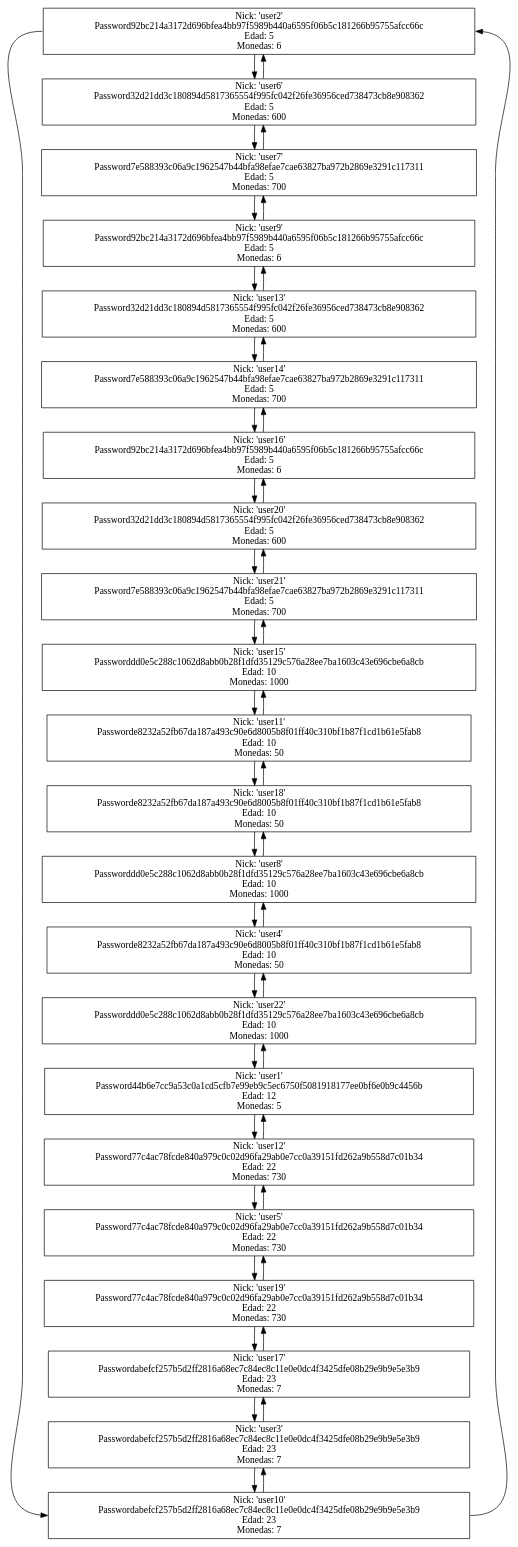
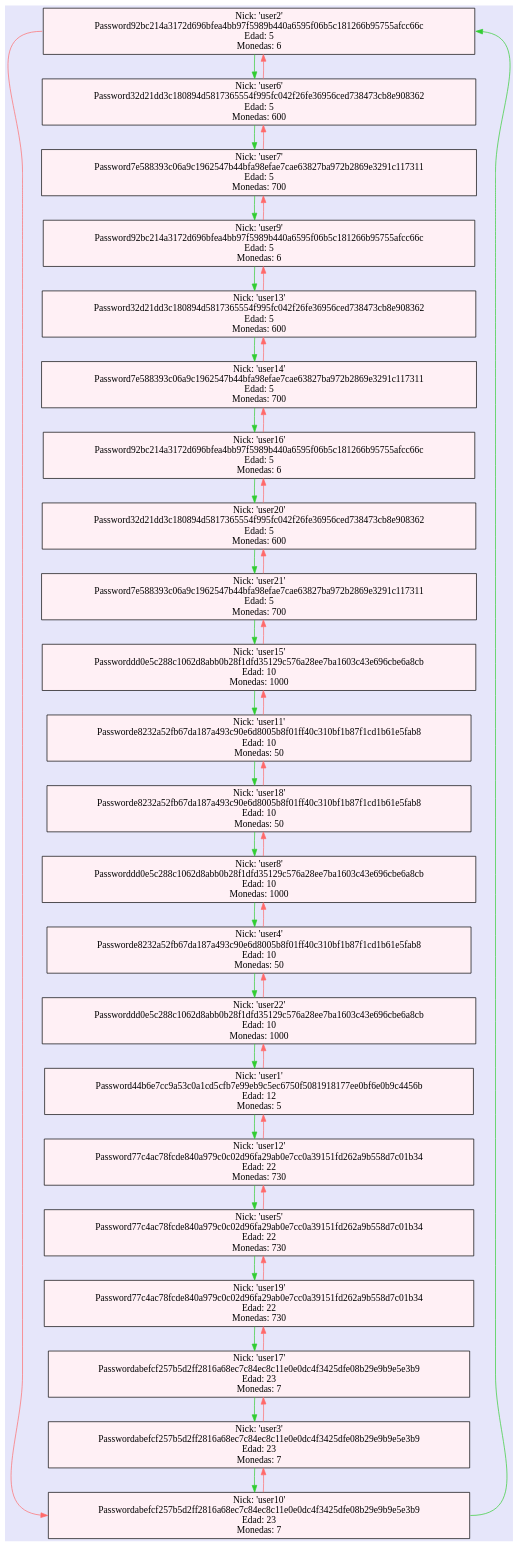
The diagram in usuarios.dot (ASique-4/-EDD_2S-BatallaNaval_202012039), drawn with Graphviz before and after one commit. The commit also changed 14 other files, not shown here.

Commit message:
Diseño graphviz

```diff
--- a/usuarios.dot
+++ b/usuarios.dot
@@ -1,136 +1,138 @@
 digraph G {
 graph [rankdir = TB ]
 node [shape = box]
+bgcolor="lavender"
+node [ style=filled,shape = box, fillcolor="lavenderblush:lavenderblush1"]
 "user2"[label="Nick: 'user2'
 Password92bc214a3172d696bfea4bb97f5989b440a6595f06b5c181266b95755afcc66c
 Edad: 5
 Monedas: 6"];
-user2->user6
+user2->user6[color = limegreen];
 "user6" [label="Nick: 'user6'
 Password32d21dd3c180894d5817365554f995fc042f26fe36956ced738473cb8e908362
 Edad: 5
 Monedas: 600"];
-"user6"->"user7"
-"user6"->"user2"
+"user6"->"user7"[color = limegreen];
+"user6"->"user2"[color = indianred1];
 "user7" [label="Nick: 'user7'
 Password7e588393c06a9c1962547b44bfa98efae7cae63827ba972b2869e3291c117311
 Edad: 5
 Monedas: 700"];
-"user7"->"user9"
-"user7"->"user6"
+"user7"->"user9"[color = limegreen];
+"user7"->"user6"[color = indianred1];
 "user9" [label="Nick: 'user9'
 Password92bc214a3172d696bfea4bb97f5989b440a6595f06b5c181266b95755afcc66c
 Edad: 5
 Monedas: 6"];
-"user9"->"user13"
-"user9"->"user7"
+"user9"->"user13"[color = limegreen];
+"user9"->"user7"[color = indianred1];
 "user13" [label="Nick: 'user13'
 Password32d21dd3c180894d5817365554f995fc042f26fe36956ced738473cb8e908362
 Edad: 5
 Monedas: 600"];
-"user13"->"user14"
-"user13"->"user9"
+"user13"->"user14"[color = limegreen];
+"user13"->"user9"[color = indianred1];
 "user14" [label="Nick: 'user14'
 Password7e588393c06a9c1962547b44bfa98efae7cae63827ba972b2869e3291c117311
 Edad: 5
 Monedas: 700"];
-"user14"->"user16"
-"user14"->"user13"
+"user14"->"user16"[color = limegreen];
+"user14"->"user13"[color = indianred1];
 "user16" [label="Nick: 'user16'
 Password92bc214a3172d696bfea4bb97f5989b440a6595f06b5c181266b95755afcc66c
 Edad: 5
 Monedas: 6"];
-"user16"->"user20"
-"user16"->"user14"
+"user16"->"user20"[color = limegreen];
+"user16"->"user14"[color = indianred1];
 "user20" [label="Nick: 'user20'
 Password32d21dd3c180894d5817365554f995fc042f26fe36956ced738473cb8e908362
 Edad: 5
 Monedas: 600"];
-"user20"->"user21"
-"user20"->"user16"
+"user20"->"user21"[color = limegreen];
+"user20"->"user16"[color = indianred1];
 "user21" [label="Nick: 'user21'
 Password7e588393c06a9c1962547b44bfa98efae7cae63827ba972b2869e3291c117311
 Edad: 5
 Monedas: 700"];
-"user21"->"user15"
-"user21"->"user20"
+"user21"->"user15"[color = limegreen];
+"user21"->"user20"[color = indianred1];
 "user15" [label="Nick: 'user15'
 Passworddd0e5c288c1062d8abb0b28f1dfd35129c576a28ee7ba1603c43e696cbe6a8cb
 Edad: 10
 Monedas: 1000"];
-"user15"->"user11"
-"user15"->"user21"
+"user15"->"user11"[color = limegreen];
+"user15"->"user21"[color = indianred1];
 "user11" [label="Nick: 'user11'
 Passworde8232a52fb67da187a493c90e6d8005b8f01ff40c310bf1b87f1cd1b61e5fab8
 Edad: 10
 Monedas: 50"];
-"user11"->"user18"
-"user11"->"user15"
+"user11"->"user18"[color = limegreen];
+"user11"->"user15"[color = indianred1];
 "user18" [label="Nick: 'user18'
 Passworde8232a52fb67da187a493c90e6d8005b8f01ff40c310bf1b87f1cd1b61e5fab8
 Edad: 10
 Monedas: 50"];
-"user18"->"user8"
-"user18"->"user11"
+"user18"->"user8"[color = limegreen];
+"user18"->"user11"[color = indianred1];
 "user8" [label="Nick: 'user8'
 Passworddd0e5c288c1062d8abb0b28f1dfd35129c576a28ee7ba1603c43e696cbe6a8cb
 Edad: 10
 Monedas: 1000"];
-"user8"->"user4"
-"user8"->"user18"
+"user8"->"user4"[color = limegreen];
+"user8"->"user18"[color = indianred1];
 "user4" [label="Nick: 'user4'
 Passworde8232a52fb67da187a493c90e6d8005b8f01ff40c310bf1b87f1cd1b61e5fab8
 Edad: 10
 Monedas: 50"];
-"user4"->"user22"
-"user4"->"user8"
+"user4"->"user22"[color = limegreen];
+"user4"->"user8"[color = indianred1];
 "user22" [label="Nick: 'user22'
 Passworddd0e5c288c1062d8abb0b28f1dfd35129c576a28ee7ba1603c43e696cbe6a8cb
 Edad: 10
 Monedas: 1000"];
-"user22"->"user1"
-"user22"->"user4"
+"user22"->"user1"[color = limegreen];
+"user22"->"user4"[color = indianred1];
 "user1" [label="Nick: 'user1'
 Password44b6e7cc9a53c0a1cd5cfb7e99eb9c5ec6750f5081918177ee0bf6e0b9c4456b
 Edad: 12
 Monedas: 5"];
-"user1"->"user12"
-"user1"->"user22"
+"user1"->"user12"[color = limegreen];
+"user1"->"user22"[color = indianred1];
 "user12" [label="Nick: 'user12'
 Password77c4ac78fcde840a979c0c02d96fa29ab0e7cc0a39151fd262a9b558d7c01b34
 Edad: 22
 Monedas: 730"];
-"user12"->"user5"
-"user12"->"user1"
+"user12"->"user5"[color = limegreen];
+"user12"->"user1"[color = indianred1];
 "user5" [label="Nick: 'user5'
 Password77c4ac78fcde840a979c0c02d96fa29ab0e7cc0a39151fd262a9b558d7c01b34
 Edad: 22
 Monedas: 730"];
-"user5"->"user19"
-"user5"->"user12"
+"user5"->"user19"[color = limegreen];
+"user5"->"user12"[color = indianred1];
 "user19" [label="Nick: 'user19'
 Password77c4ac78fcde840a979c0c02d96fa29ab0e7cc0a39151fd262a9b558d7c01b34
 Edad: 22
 Monedas: 730"];
-"user19"->"user17"
-"user19"->"user5"
+"user19"->"user17"[color = limegreen];
+"user19"->"user5"[color = indianred1];
 "user17" [label="Nick: 'user17'
 Passwordabefcf257b5d2ff2816a68ec7c84ec8c11e0e0dc4f3425dfe08b29e9b9e5e3b9
 Edad: 23
 Monedas: 7"];
-"user17"->"user3"
-"user17"->"user19"
+"user17"->"user3"[color = limegreen];
+"user17"->"user19"[color = indianred1];
 "user3" [label="Nick: 'user3'
 Passwordabefcf257b5d2ff2816a68ec7c84ec8c11e0e0dc4f3425dfe08b29e9b9e5e3b9
 Edad: 23
 Monedas: 7"];
-"user3"->"user10"
-"user3"->"user17"
+"user3"->"user10"[color = limegreen];
+"user3"->"user17"[color = indianred1];
 "user10"[label="Nick: 'user10'
 Passwordabefcf257b5d2ff2816a68ec7c84ec8c11e0e0dc4f3425dfe08b29e9b9e5e3b9
 Edad: 23
 Monedas: 7"];
-"user10"->"user3"
-"user10":e->"user2":e
-"user2":w->"user10":w
+"user10"->"user3"[color = indianred1];
+"user10":e->"user2":e[color = limegreen];
+"user2":w->"user10":w[color = indianred1];
 }
```
